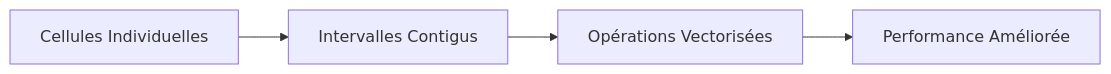
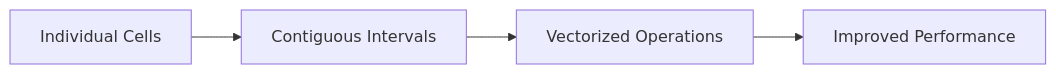
The second of 3 diagrams in docs/projection_prediction.md (sbstndb/samurai), drawn with Mermaid before and after one commit. The commit also changed other lines of this file and 8 other files, not shown here.

````diff
--- a/docs/projection_prediction.md
+++ b/docs/projection_prediction.md
@@ -439,6 +439,6 @@
 ```mermaid
 graph LR
-    A[Cellules Individuelles] --> B[Intervalles Contigus]
-    B --> C[Opérations Vectorisées]
-    C --> D[Performance Améliorée]
+    A[Individual Cells] --> B[Contiguous Intervals]
+    B --> C[Vectorized Operations]
+    C --> D[Improved Performance]
 ```
````
